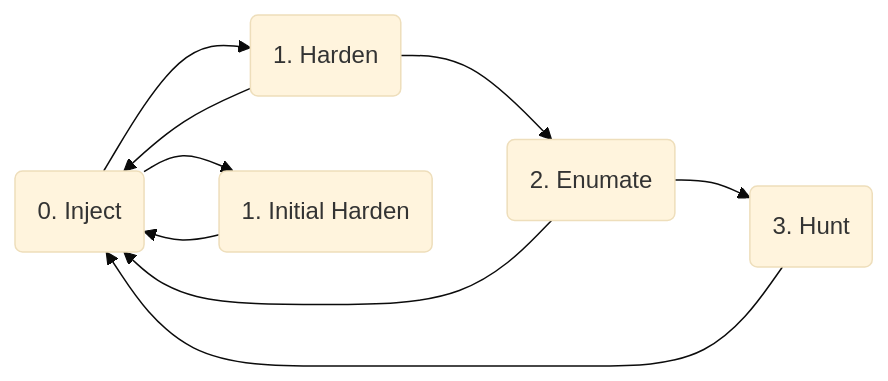
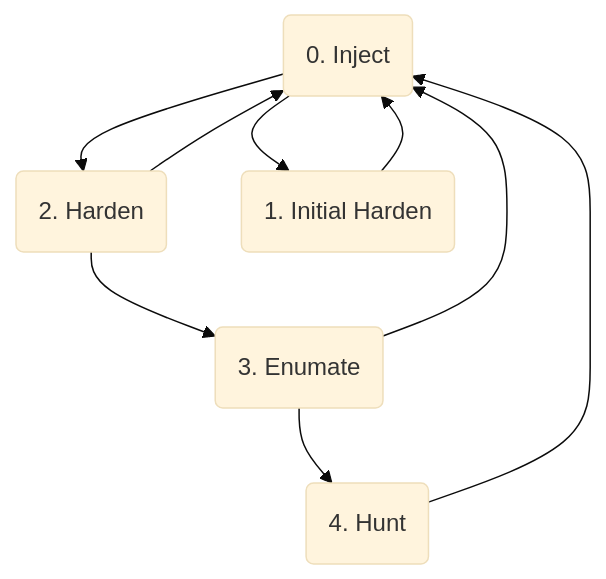
Before and after one commit to xnorkl/cyberdefenseclub: the second of 2 diagrams in playbook/README.md, drawn with Mermaid (base theme). The commit also changed other lines of this file, not shown here.

Commit message:
playbook/README.md updated from https://stackedit.io/

````diff
--- a/playbook/README.md
+++ b/playbook/README.md
@@ -44,12 +44,13 @@
  ```mermaid
-graph LR
+graph TD
 
-A --> B(1. Harden)
-B --> C(2. Enumate)
-C --> D(3. Hunt)
+A --> B(2. Harden)
+B --> C(3. Enumate)
+C --> D(4. Hunt)
 B --> A
 C --> A
 D --> A
+E --> A
 A(0. Inject) --> E(1. Initial Harden)
-E --> A
+
 ```
````
